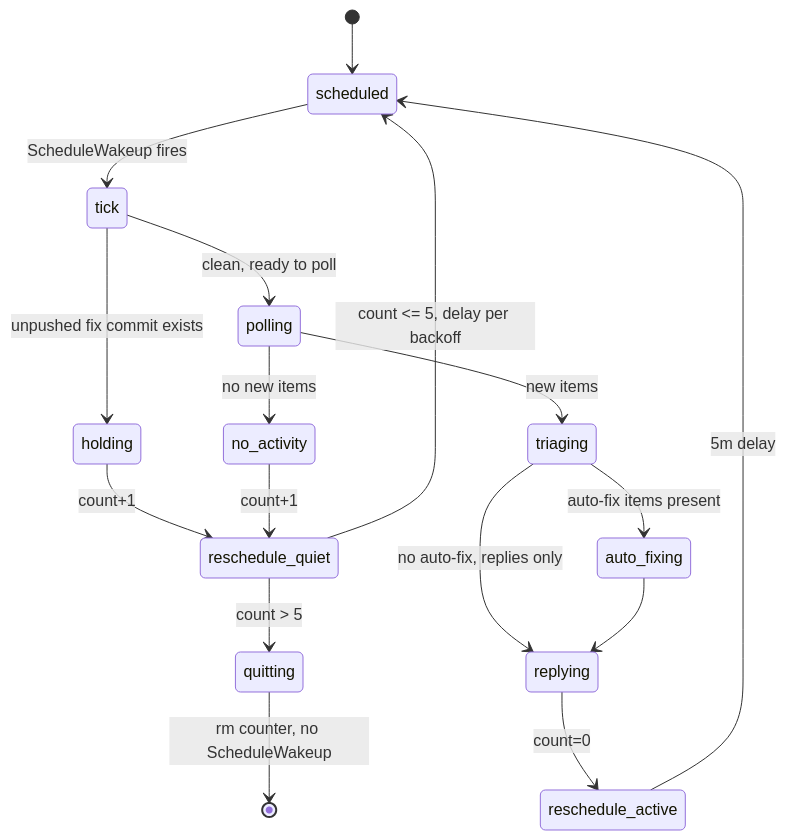
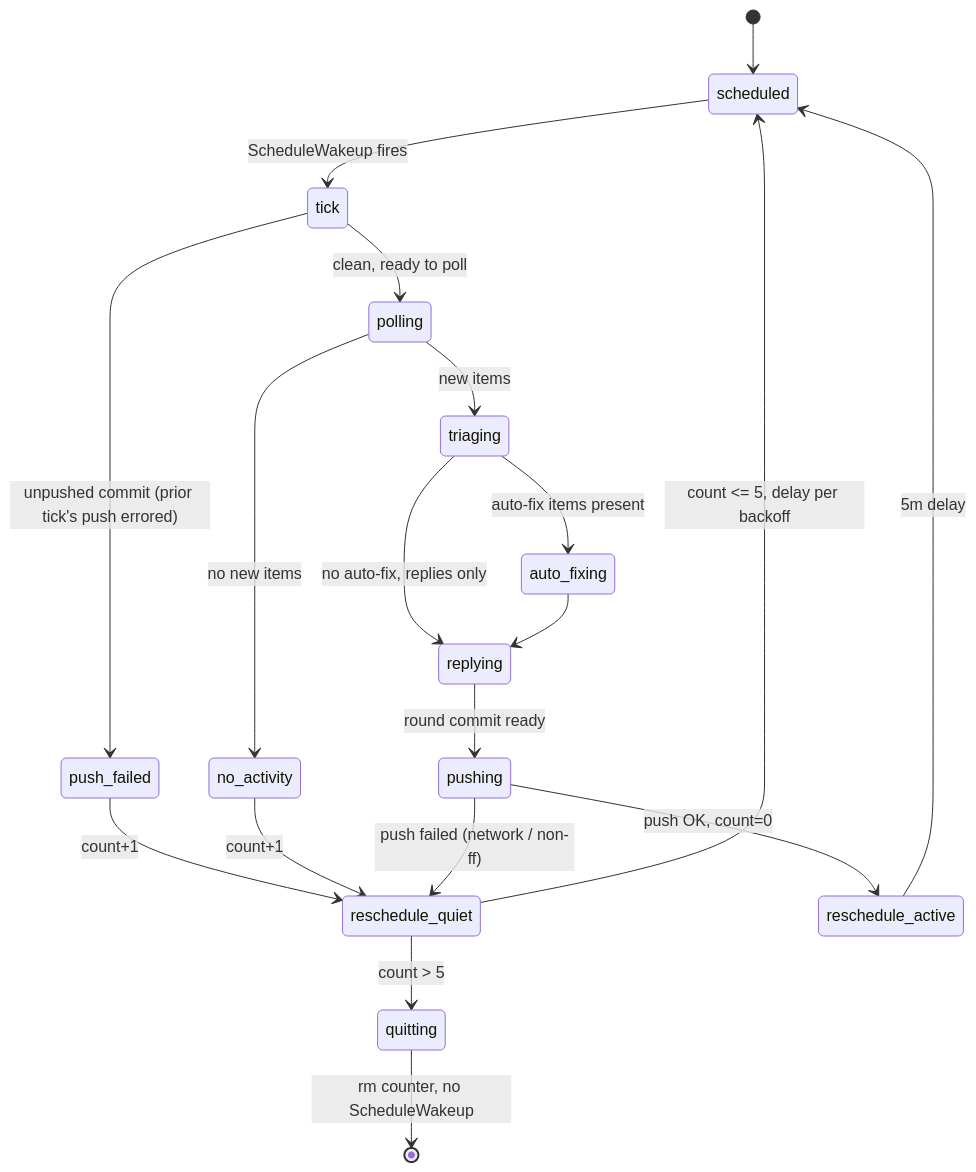
The second of 2 diagrams in doc/workflow.md (cmk/template-rust), drawn with Mermaid before and after one commit. The commit also changed other lines of this file and 3 other files, not shown here.

````diff
--- a/doc/workflow.md
+++ b/doc/workflow.md
@@ -114,19 +114,21 @@
 ```mermaid
 stateDiagram-v2
     [*] --> scheduled
     scheduled --> tick: ScheduleWakeup fires
-    tick --> holding: unpushed fix commit exists
+    tick --> push_failed: unpushed commit (prior tick's push errored)
     tick --> polling: clean, ready to poll
-    holding --> reschedule_quiet: count+1
+    push_failed --> reschedule_quiet: count+1
     polling --> no_activity: no new items
     polling --> triaging: new items
     no_activity --> reschedule_quiet: count+1
     triaging --> auto_fixing: auto-fix items present
     triaging --> replying: no auto-fix, replies only
     auto_fixing --> replying
-    replying --> reschedule_active: count=0
+    replying --> pushing: round commit ready
+    pushing --> reschedule_active: push OK, count=0
+    pushing --> reschedule_quiet: push failed (network / non-ff)
     reschedule_quiet --> quitting: count > 5
     reschedule_quiet --> scheduled: count <= 5, delay per backoff
     reschedule_active --> scheduled: 5m delay
     quitting --> [*]: rm counter, no ScheduleWakeup
 ```
````
